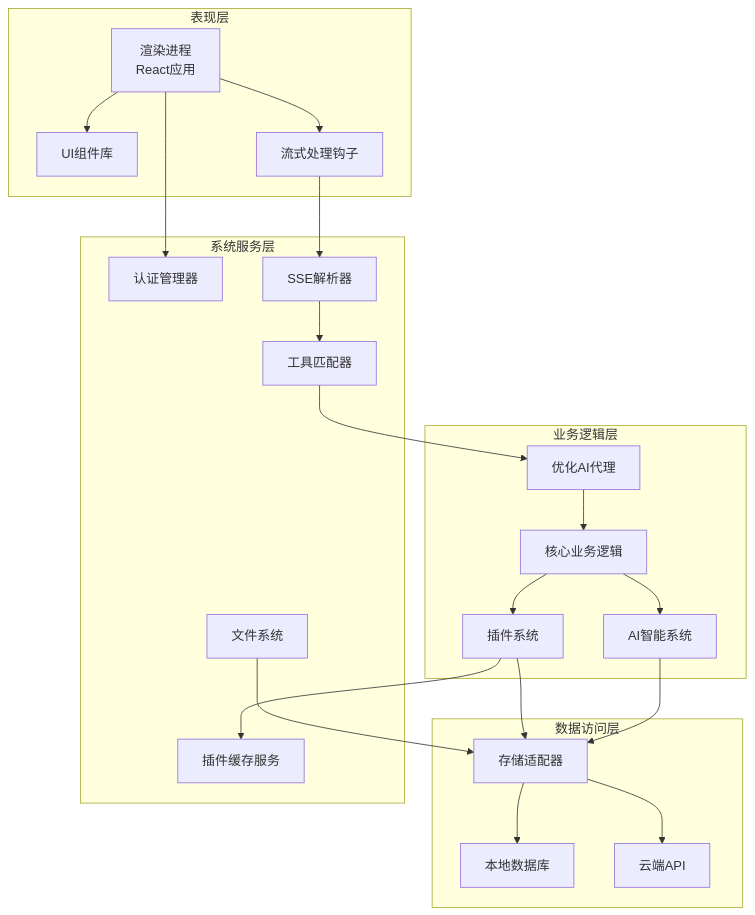
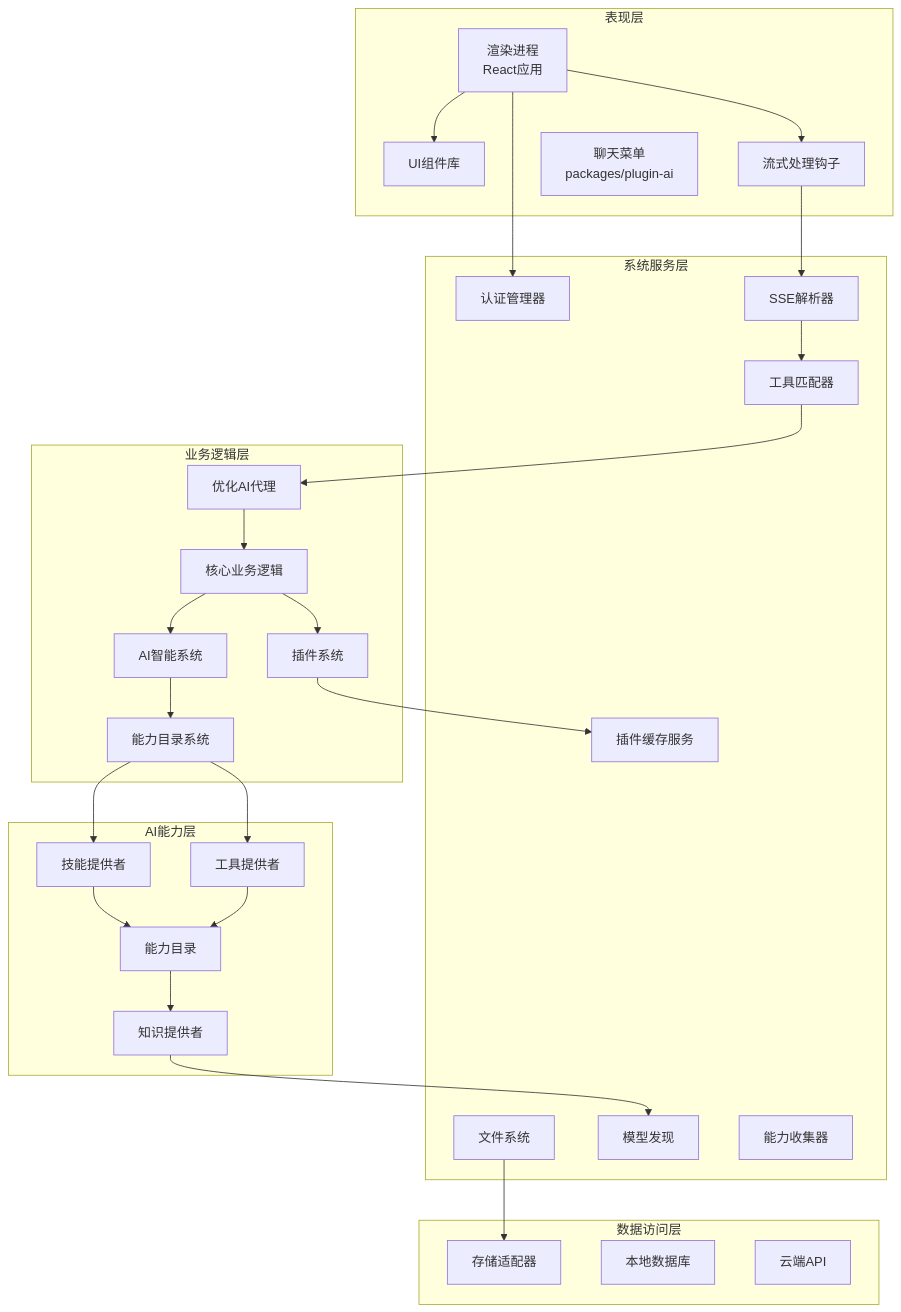
The second of 12 diagrams in .qoder/repowiki/zh/content/功能模块/AI插件/AI基础架构系统/AI聊天客户端系统.md (LRF0422/Kotion), drawn with Mermaid before and after one commit. The commit also changed other lines of this file and 22 other files, not shown here.

````diff
--- a/.qoder/repowiki/zh/content/功能模块/AI插件/AI基础架构系统/AI聊天客户端系统.md
+++ b/.qoder/repowiki/zh/content/功能模块/AI插件/AI基础架构系统/AI聊天客户端系统.md
@@ -152,41 +191,54 @@
 ```mermaid
 graph TB
 subgraph "表现层"
 Renderer[渲染进程<br/>React应用]
 UIComponents[UI组件库]
 StreamingHooks[流式处理钩子]
+ChatMenu[聊天菜单<br/>packages/plugin-ai]
 end
 subgraph "业务逻辑层"
 CoreLogic[核心业务逻辑]
 PluginSystem[插件系统]
 AISystem[AI智能系统]
 AgentOptimized[优化AI代理]
+CapabilitySystem[能力目录系统]
 end
 subgraph "数据访问层"
 StorageAdapter[存储适配器]
 Database[本地数据库]
 CloudAPI[云端API]
 end
 subgraph "系统服务层"
 AuthManager[认证管理器]
 PluginCache[插件缓存服务]
 FileSystem[文件系统]
 SSEParser[SSE解析器]
 ToolMatcher[工具匹配器]
+ModelDiscovery[模型发现]
+CapabilityCollector[能力收集器]
+end
+subgraph "AI能力层"
+SkillProvider[技能提供者]
+ToolProvider[工具提供者]
+KnowledgeProvider[知识提供者]
+CapabilityCatalog[能力目录]
 end
 Renderer --> UIComponents
 Renderer --> StreamingHooks
 StreamingHooks --> SSEParser
 SSEParser --> ToolMatcher
 ToolMatcher --> AgentOptimized
 AgentOptimized --> CoreLogic
 CoreLogic --> PluginSystem
 CoreLogic --> AISystem
-PluginSystem --> StorageAdapter
-AISystem --> StorageAdapter
-StorageAdapter --> Database
-StorageAdapter --> CloudAPI
+AISystem --> CapabilitySystem
+CapabilitySystem --> SkillProvider
+CapabilitySystem --> ToolProvider
+SkillProvider --> CapabilityCatalog
+ToolProvider --> CapabilityCatalog
+CapabilityCatalog --> KnowledgeProvider
+KnowledgeProvider --> ModelDiscovery
 Renderer --> AuthManager
 PluginSystem --> PluginCache
 FileSystem --> StorageAdapter
 ```
````
